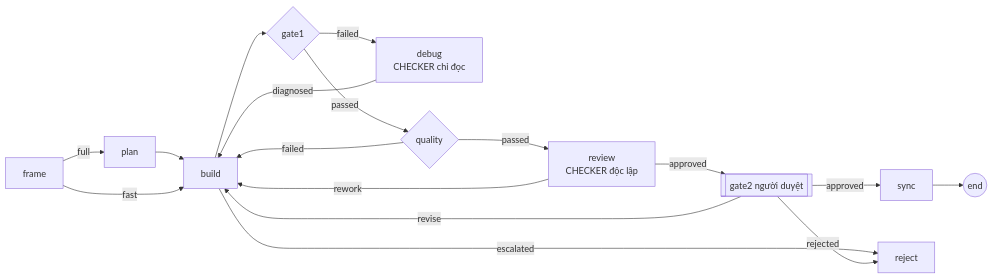
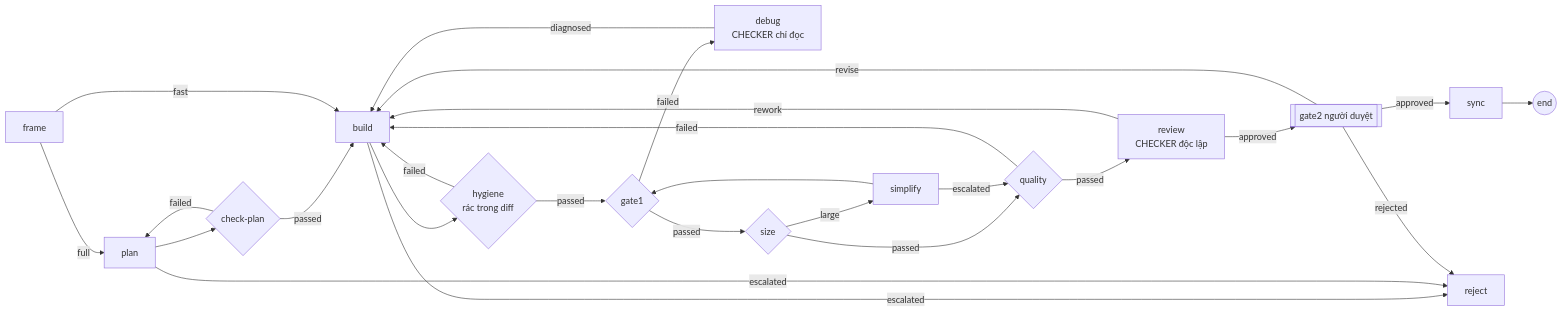
Before and after one commit to draculemihawk123-ai/aw-tqunglnh: the first of 2 diagrams in kit/README.md, drawn with Mermaid. The commit also changed other lines of this file and 18 other files, not shown here.

First line of the commit message:
wip(v10-15): cmd-diff-size, cmd-temp-artifacts, cmd-check-plan, node simplify/hygiene/check-plan (chưa đóng băng kỳ vọng kịch bản plus-*)

````diff
--- a/kit/README.md
+++ b/kit/README.md
@@ -100,17 +100,25 @@
 ```mermaid
 flowchart LR
-  F[frame] -->|full| P[plan] --> B[build]
+  F[frame] -->|full| P[plan] --> CP{check-plan}
+  CP -->|failed| P
+  CP -->|passed| B[build]
   F -->|fast| B
-  B --> G1{gate1}
+  B --> H{hygiene<br/>rác trong diff}
+  H -->|failed| B
+  H -->|passed| G1{gate1}
   G1 -->|failed| D[debug<br/>CHECKER chỉ đọc]
   D -->|diagnosed| B
-  G1 -->|passed| Q{quality}
+  G1 -->|passed| SZ{size}
+  SZ -->|large| SM[simplify] --> G1
+  SZ -->|passed| Q{quality}
+  SM -->|escalated| Q
   Q -->|failed| B
   Q -->|passed| R[review<br/>CHECKER độc lập]
   R -->|rework| B
   R -->|approved| G2[[gate2 người duyệt]]
   G2 -->|revise| B
   G2 -->|approved| S[sync] --> E((end))
   B -->|escalated| X[reject]
+  P -->|escalated| X
   G2 -->|rejected| X
 ```
````
